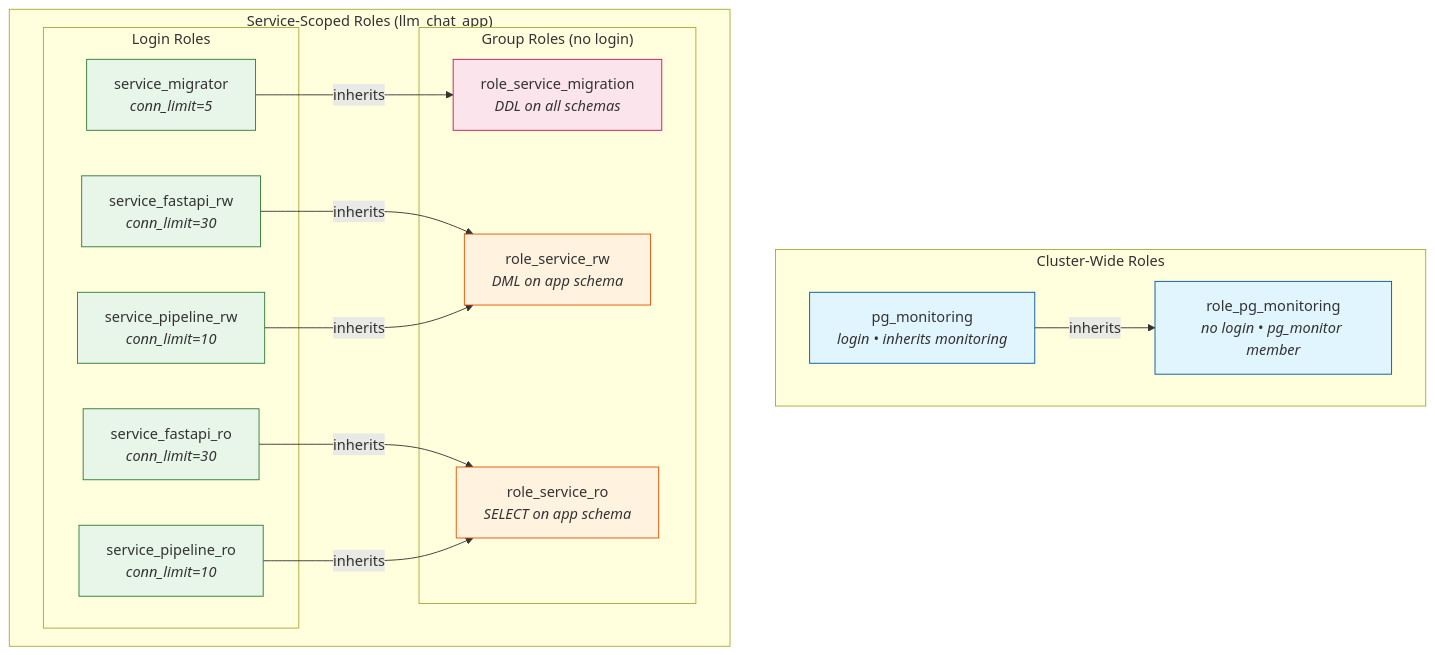
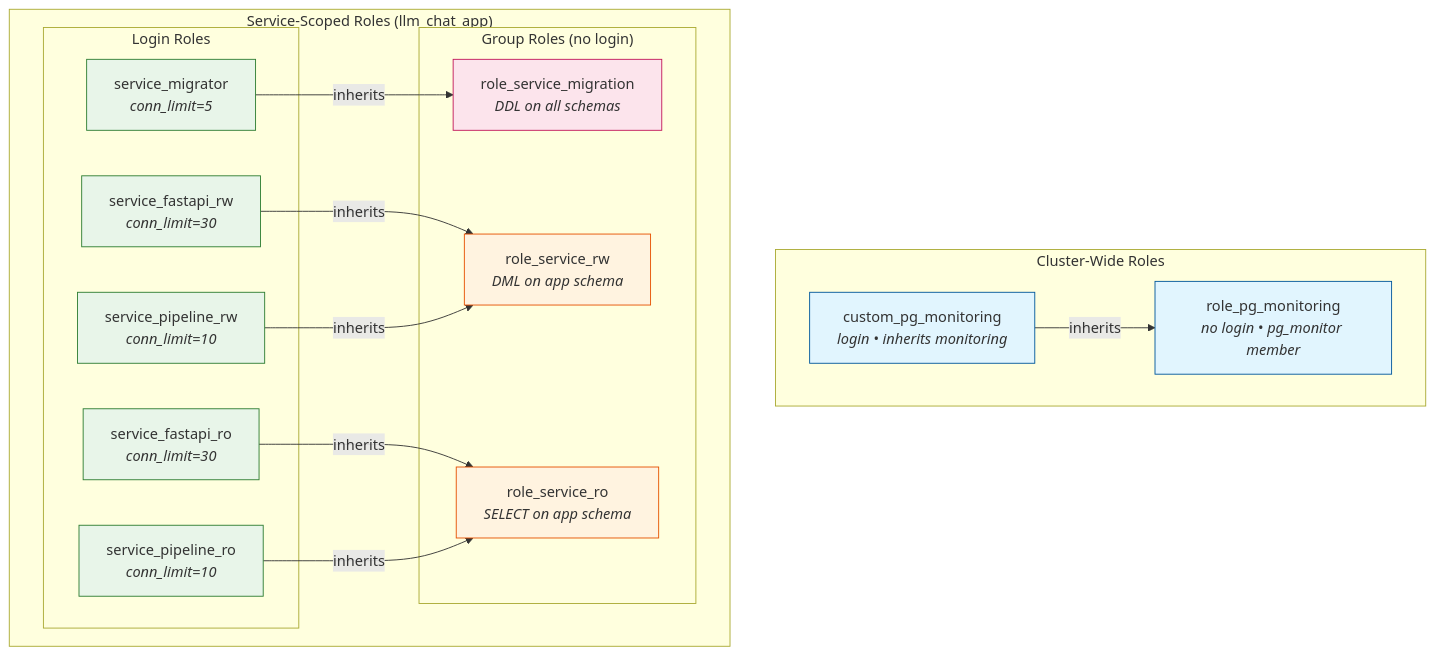
One commit to masterpointio/terraform-postgres-config-dbs-users-roles changed the first of 2 diagrams in examples/llm_chat_app/README.md. Above: the diagram before and after it, drawn with Mermaid. The commit also changed other lines of this file and 1 other file, not shown here.

Commit message:
fix: name collision

````diff
--- a/examples/llm_chat_app/README.md
+++ b/examples/llm_chat_app/README.md
@@ -106,42 +106,42 @@
 ```mermaid
 flowchart TB
     subgraph cluster["Cluster-Wide Roles"]
         role_monitoring["role_pg_monitoring<br/><i>no login • pg_monitor member</i>"]
-        pg_monitoring["pg_monitoring<br/><i>login • inherits monitoring</i>"]
+        pg_monitoring["custom_pg_monitoring<br/><i>login • inherits monitoring</i>"]
 
         pg_monitoring -->|inherits| role_monitoring
     end
 
     subgraph service["Service-Scoped Roles (llm_chat_app)"]
         subgraph groups["Group Roles (no login)"]
             migration["role_service_migration<br/><i>DDL on all schemas</i>"]
             rw["role_service_rw<br/><i>DML on app schema</i>"]
             ro["role_service_ro<br/><i>SELECT on app schema</i>"]
         end
 
         subgraph logins["Login Roles"]
             migrator["service_migrator<br/><i>conn_limit=5</i>"]
             fastapi_rw["service_fastapi_rw<br/><i>conn_limit=30</i>"]
             fastapi_ro["service_fastapi_ro<br/><i>conn_limit=30</i>"]
             pipeline_rw["service_pipeline_rw<br/><i>conn_limit=10</i>"]
             pipeline_ro["service_pipeline_ro<br/><i>conn_limit=10</i>"]
         end
     end
 
     migrator -->|inherits| migration
     fastapi_rw -->|inherits| rw
     fastapi_ro -->|inherits| ro
     pipeline_rw -->|inherits| rw
     pipeline_ro -->|inherits| ro
 
     classDef clusterRole fill:#e1f5fe,stroke:#01579b
     classDef groupRole fill:#fff3e0,stroke:#e65100
     classDef loginRole fill:#e8f5e9,stroke:#2e7d32
     classDef migrationGroup fill:#fce4ec,stroke:#c2185b
 
     class role_monitoring clusterRole
     class pg_monitoring clusterRole
     class rw,ro groupRole
     class migration migrationGroup
     class migrator,fastapi_rw,fastapi_ro,pipeline_rw,pipeline_ro loginRole
 ```
````
